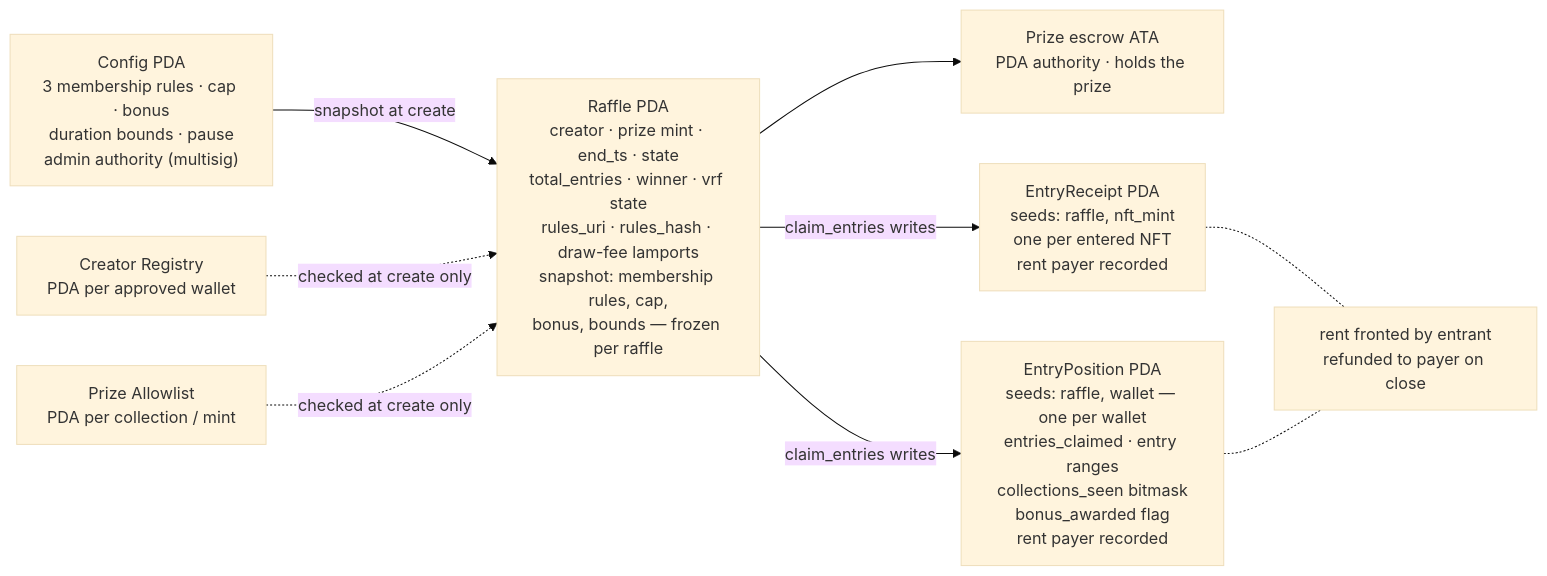
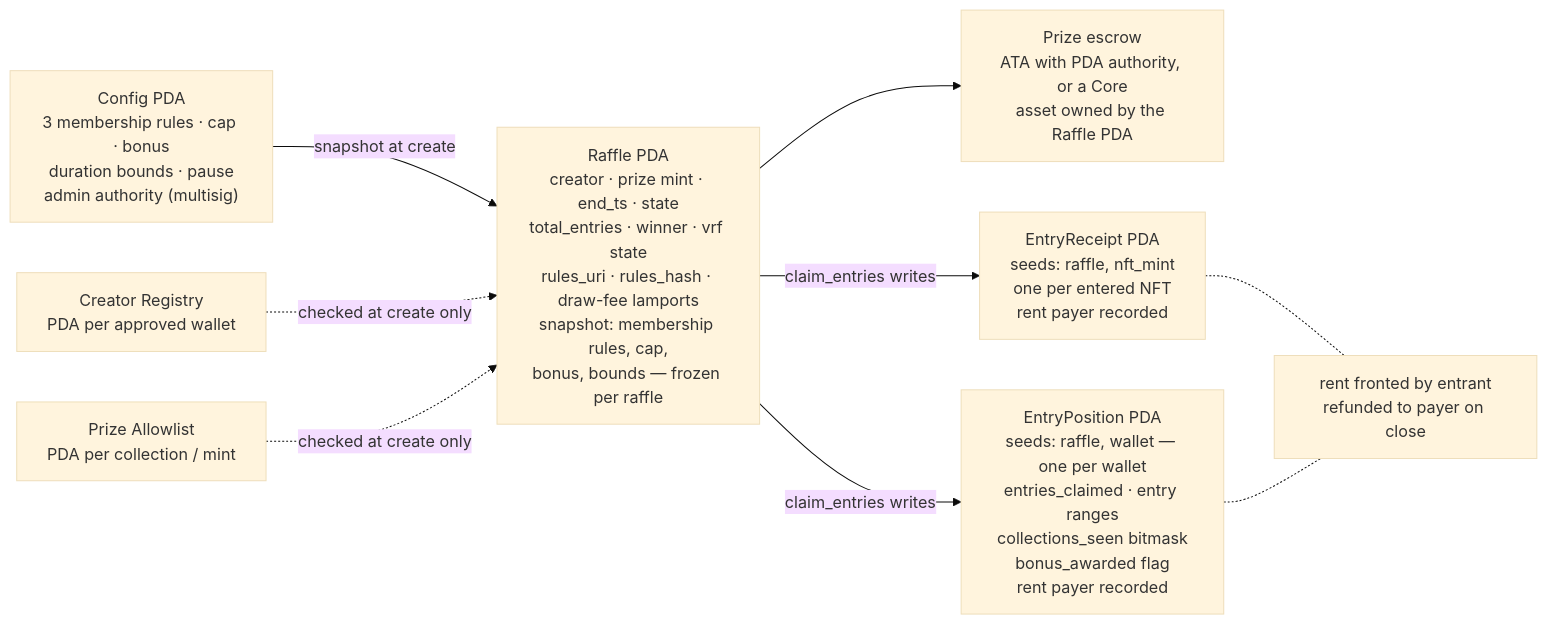
Before and after one commit to piggygang/raffles: the second of 2 diagrams in docs/piggygang-raffles-v1-spec.md, drawn with Mermaid (base theme). The commit also changed other lines of this file and 5 other files, not shown here.

Commit message:
docs(prize-escrow): record permissionless reclaim and core prize decisions

````diff
--- a/docs/piggygang-raffles-v1-spec.md
+++ b/docs/piggygang-raffles-v1-spec.md
@@ -248,19 +248,19 @@
 ```mermaid
 flowchart LR
     CFG["Config PDA<br>3 membership rules · cap · bonus<br>duration bounds · pause<br>admin authority (multisig)"]
     REG["Creator Registry<br>PDA per approved wallet"]
     ALW["Prize Allowlist<br>PDA per collection / mint"]
     RAF["Raffle PDA<br>creator · prize mint · end_ts · state<br>total_entries · winner · vrf state<br>rules_uri · rules_hash · draw-fee lamports<br>snapshot: membership rules, cap,<br>bonus, bounds — frozen per raffle"]
-    ESC["Prize escrow ATA<br>PDA authority · holds the prize"]
+    ESC["Prize escrow<br>ATA with PDA authority, or a Core<br>asset owned by the Raffle PDA"]
     ER["EntryReceipt PDA<br>seeds: raffle, nft_mint<br>one per entered NFT<br>rent payer recorded"]
     EP["EntryPosition PDA<br>seeds: raffle, wallet — one per wallet<br>entries_claimed · entry ranges<br>collections_seen bitmask<br>bonus_awarded flag<br>rent payer recorded"]
     RENT["rent fronted by entrant<br>refunded to payer on close"]
     CFG -->|snapshot at create| RAF
     REG -.->|checked at create only| RAF
     ALW -.->|checked at create only| RAF
     RAF --> ESC
     RAF -->|claim_entries writes| ER
     RAF -->|claim_entries writes| EP
     ER -.- RENT
     EP -.- RENT
 ```
````
